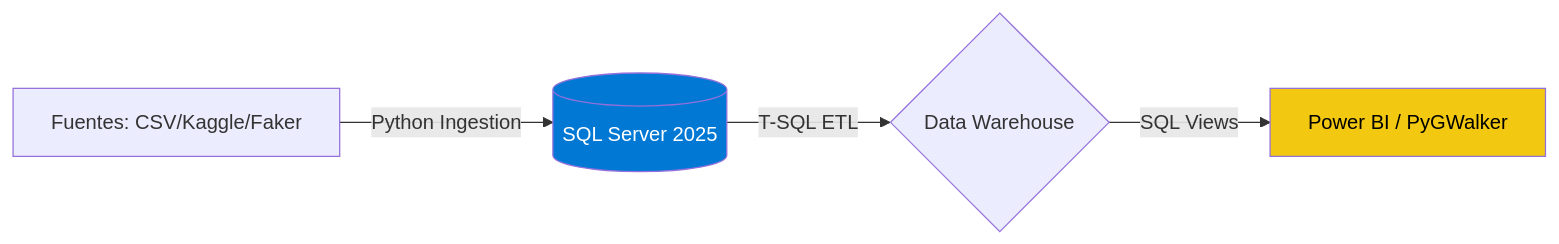
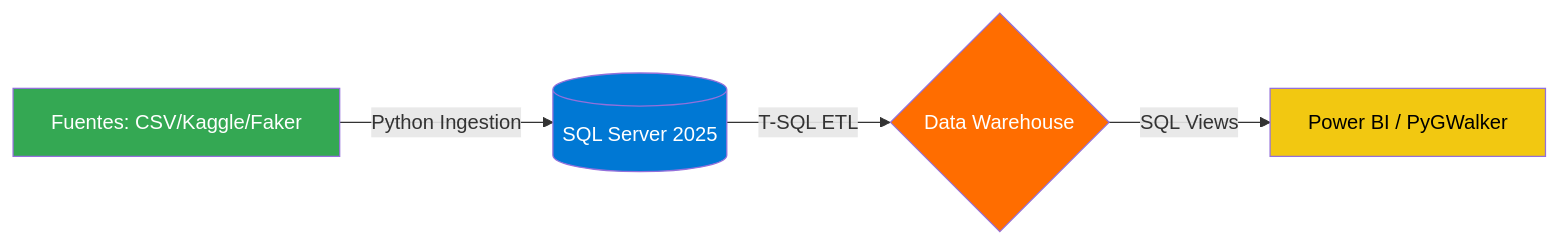
One commit to dzib/Portfolio-Alberto changed the first of 2 diagrams in README.md. Above: the diagram before and after it, drawn with Mermaid. The commit also changed other lines of this file and 17 other files, not shown here.

````diff
--- a/README.md
+++ b/README.md
@@ -60,8 +60,10 @@
 ```mermaid
 graph LR
     A[Fuentes: CSV/Kaggle/Faker] -- Python Ingestion --> B[(SQL Server 2025)]
     B -- T-SQL ETL --> C{Data Warehouse}
     C -- SQL Views --> D[Power BI / PyGWalker]
+    style A fill:#34A853,color:#fff
     style B fill:#0078D4,color:#fff
+    style C fill:#FF6D00,color:#fff
     style D fill:#F2C811,color:#000
 ```
````
